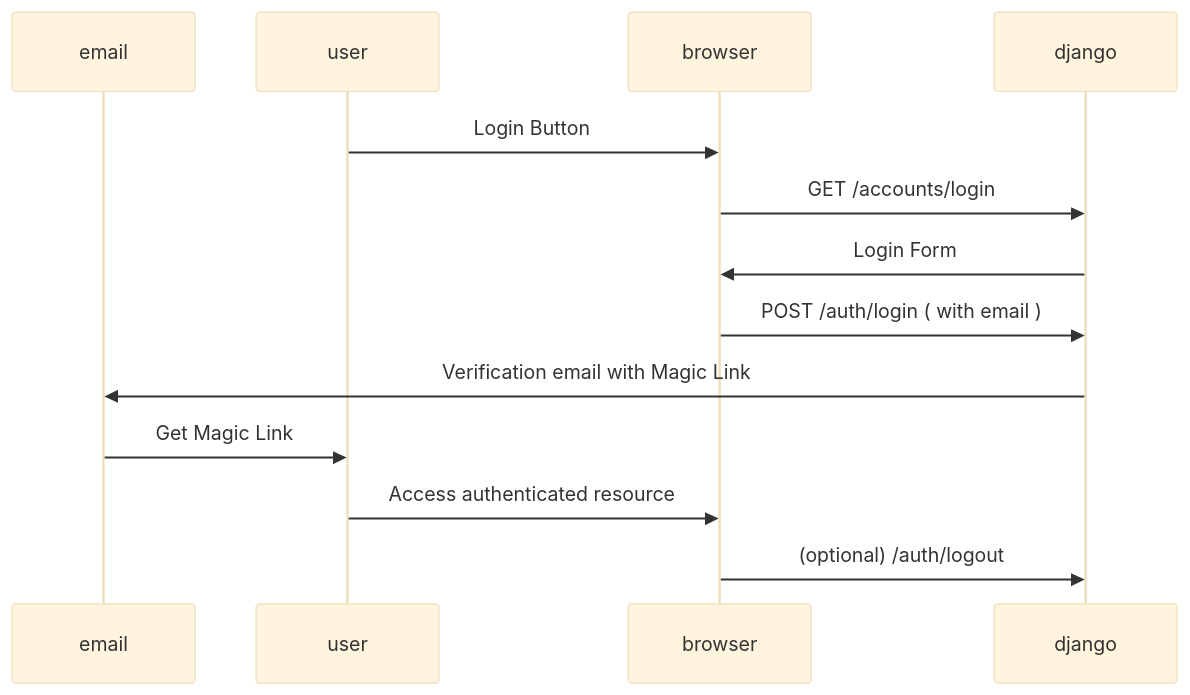
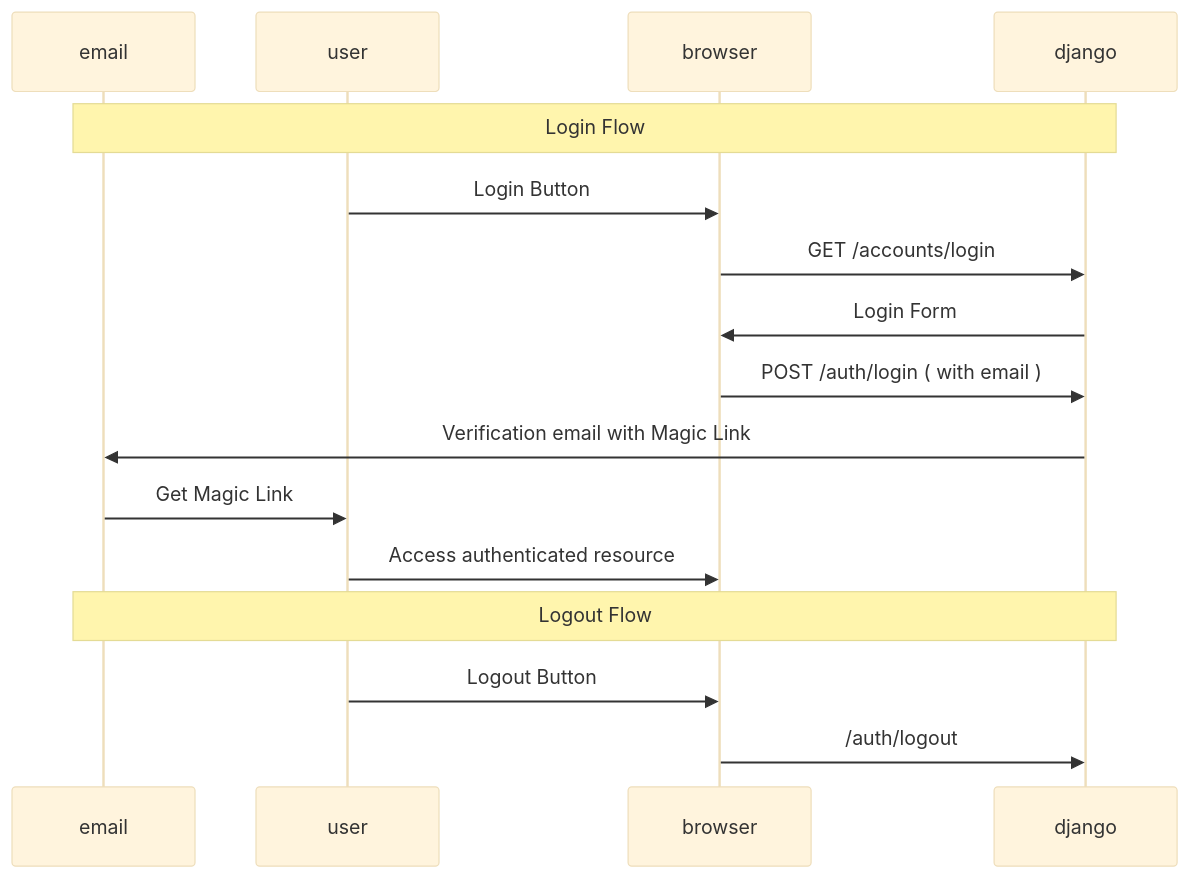
Before and after one commit to migueltorrescosta/nifek: the third of 3 diagrams in README.md, drawn with Mermaid (base theme). The commit also changed other lines of this file and 2 other files, not shown here.

````diff
--- a/README.md
+++ b/README.md
@@ -50,15 +82,18 @@
 ```mermaid
   sequenceDiagram
     participant email
     participant user
     participant browser
     participant django
+    Note over email, django: Login Flow
     user->>browser: Login Button
     browser->>django: GET /accounts/login
     django->>browser: Login Form
     browser->>django: POST /auth/login ( with email )
     django->>email: Verification email with Magic Link
     email->>user: Get Magic Link
     user->>browser: Access authenticated resource
-    browser->>django: (optional) /auth/logout
+    Note over email, django: Logout Flow
+    user->>browser: Logout Button
+    browser->>django: /auth/logout
 ```
````
